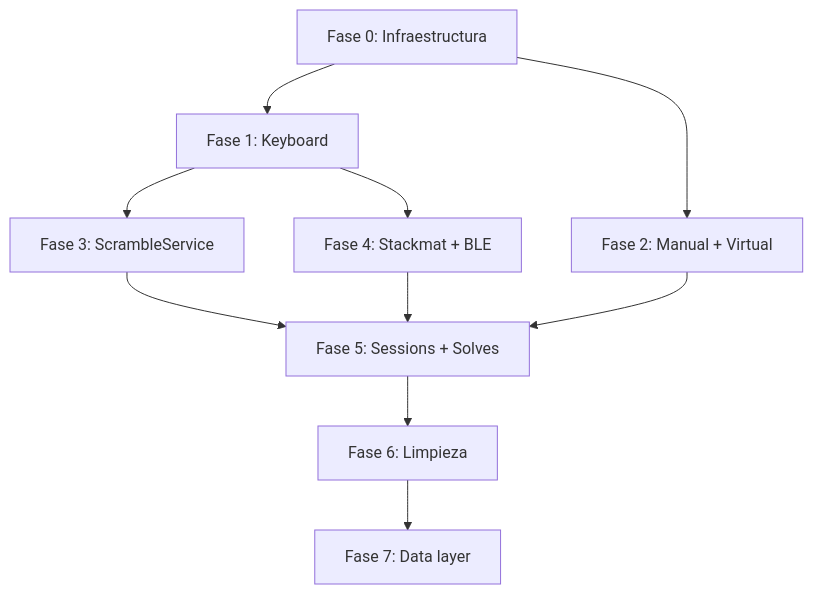
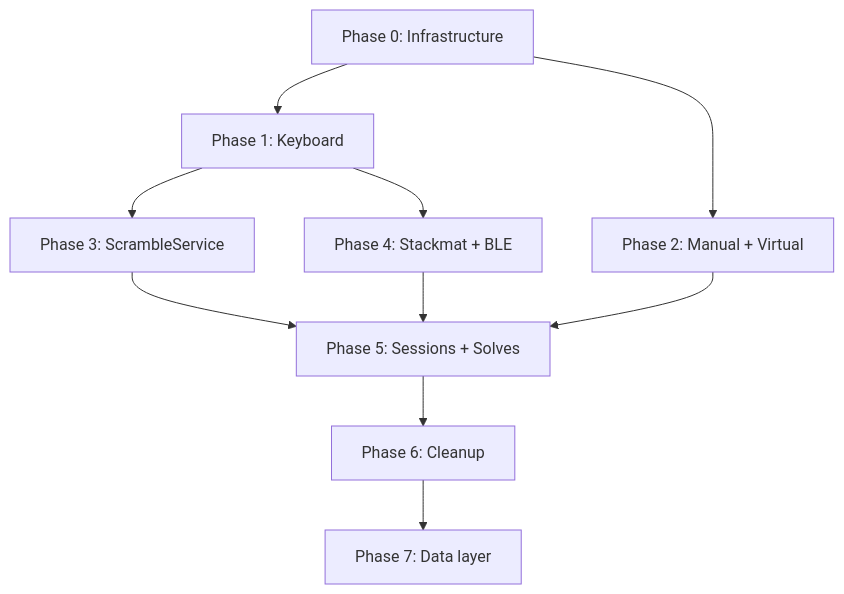
One commit to isaacvr/cubicdb changed the diagram in docs/architecture/timer/migration.md. Above: the diagram before and after it, drawn with Mermaid. The commit also changed other lines of this file and 30 other files, not shown here.

````diff
--- a/docs/architecture/timer/migration.md
+++ b/docs/architecture/timer/migration.md
@@ -112,12 +112,12 @@
 ```mermaid
 flowchart TD
-    F0[Fase 0: Infraestructura] --> F1[Fase 1: Keyboard]
-    F0 --> F2[Fase 2: Manual + Virtual]
-    F1 --> F3[Fase 3: ScrambleService]
-    F1 --> F4[Fase 4: Stackmat + BLE]
-    F3 --> F5[Fase 5: Sessions + Solves]
+    F0[Phase 0: Infrastructure] --> F1[Phase 1: Keyboard]
+    F0 --> F2[Phase 2: Manual + Virtual]
+    F1 --> F3[Phase 3: ScrambleService]
+    F1 --> F4[Phase 4: Stackmat + BLE]
+    F3 --> F5[Phase 5: Sessions + Solves]
     F4 --> F5
     F2 --> F5
-    F5 --> F6[Fase 6: Limpieza]
-    F6 --> F7[Fase 7: Data layer]
+    F5 --> F6[Phase 6: Cleanup]
+    F6 --> F7[Phase 7: Data layer]
 ```
````
